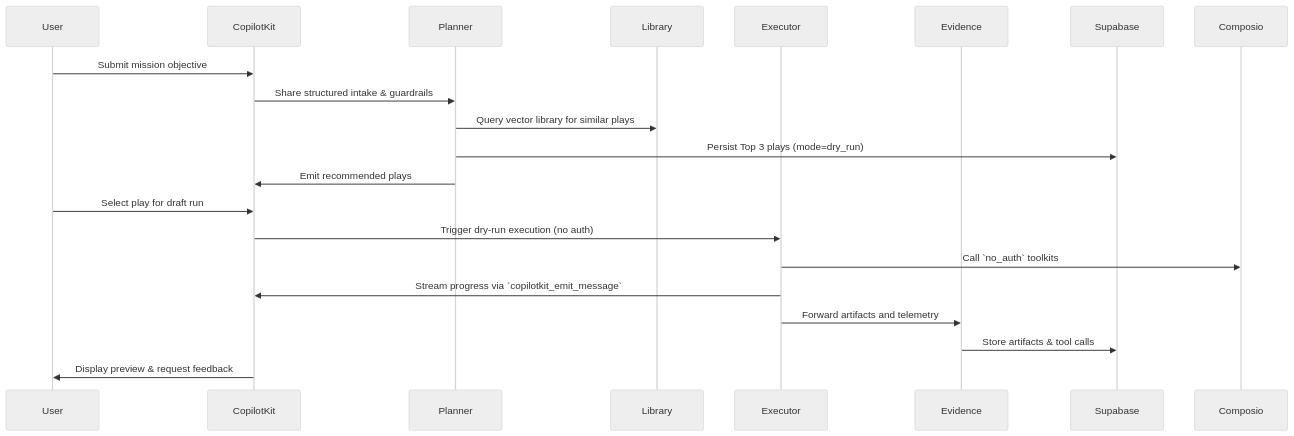
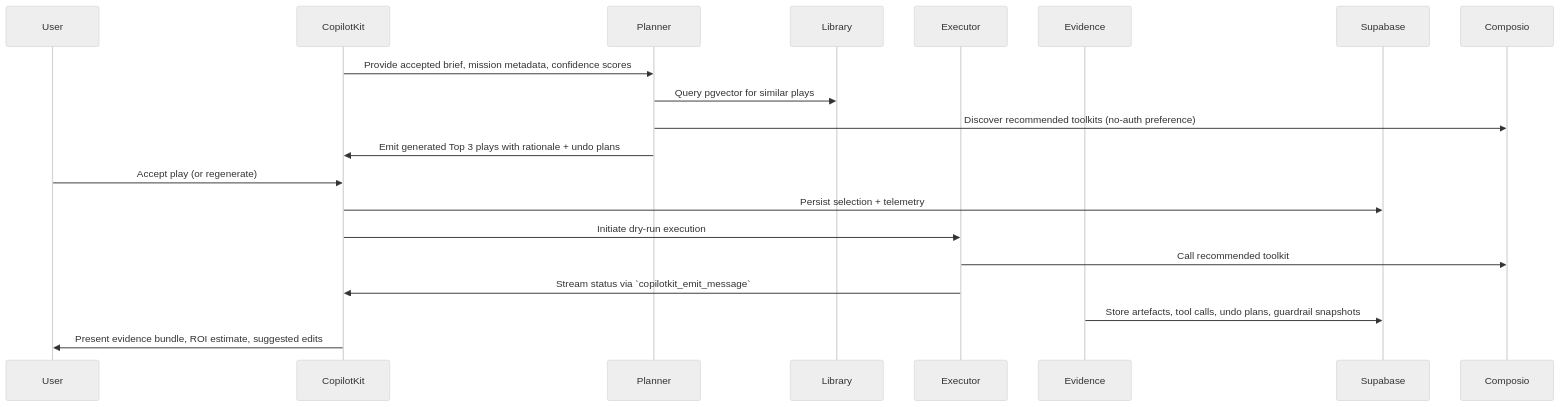
The second of 4 diagrams in new_docs/architecture.md (maxbaluev/ai_employee_0), drawn with Mermaid (neutral theme) before and after one commit. The commit also changed other lines of this file and 8 other files, not shown here.

````diff
--- a/new_docs/architecture.md
+++ b/new_docs/architecture.md
@@ -167,23 +134,22 @@
 ```mermaid
 sequenceDiagram
     participant User
     participant CopilotKit
     participant Planner
     participant Library
     participant Executor
     participant Evidence
     participant Supabase
 
-    User->>CopilotKit: Submit mission objective
-    CopilotKit->>Planner: Share structured intake & guardrails
-    Planner->>Library: Query vector library for similar plays
-    Planner->>Supabase: Persist Top 3 plays (mode=dry_run)
-    Planner->>CopilotKit: Emit recommended plays
-    User->>CopilotKit: Select play for draft run
-    CopilotKit->>Executor: Trigger dry-run execution (no auth)
-    Executor->>Composio: Call `no_auth` toolkits
-    Executor->>CopilotKit: Stream progress via `copilotkit_emit_message`
-    Executor->>Evidence: Forward artifacts and telemetry
-    Evidence->>Supabase: Store artifacts & tool calls
-    CopilotKit->>User: Display preview & request feedback
+    CopilotKit->>Planner: Provide accepted brief, mission metadata, confidence scores
+    Planner->>Library: Query pgvector for similar plays
+    Planner->>Composio: Discover recommended toolkits (no-auth preference)
+    Planner->>CopilotKit: Emit generated Top 3 plays with rationale + undo plans
+    User->>CopilotKit: Accept play (or regenerate)
+    CopilotKit->>Supabase: Persist selection + telemetry
+    CopilotKit->>Executor: Initiate dry-run execution
+    Executor->>Composio: Call recommended toolkit
+    Executor->>CopilotKit: Stream status via `copilotkit_emit_message`
+    Evidence->>Supabase: Store artefacts, tool calls, undo plans, guardrail snapshots
+    CopilotKit->>User: Present evidence bundle, ROI estimate, suggested edits
 ```
````
